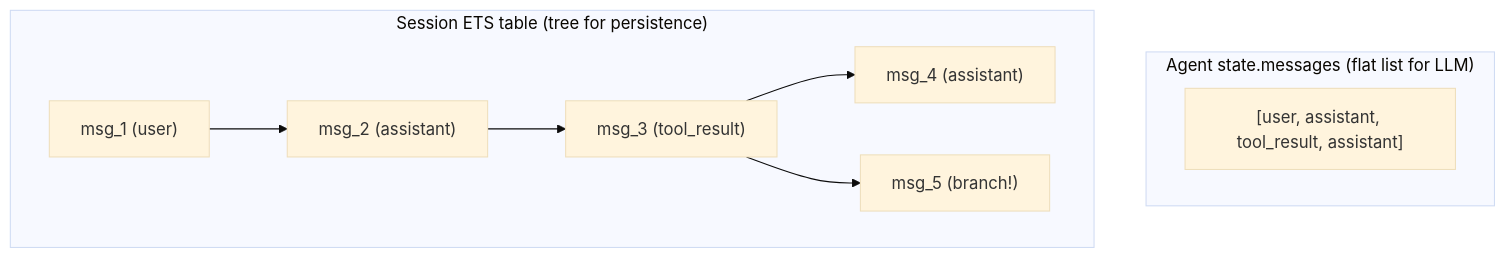
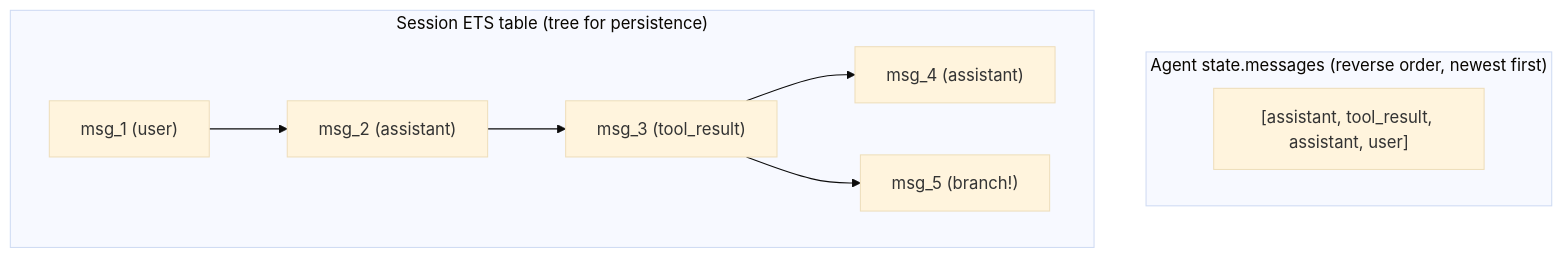
Before and after one commit to matteing/opal: the seventh of 8 diagrams in docs/agent-loop.md, drawn with Mermaid (base theme). The commit also changed other lines of this file and 20 other files, not shown here.

````diff
--- a/docs/agent-loop.md
+++ b/docs/agent-loop.md
@@ -467,18 +453,18 @@
 ```mermaid
 graph TD
-    subgraph agent["Agent state.messages (flat list for LLM)"]
-        AM["[user, assistant, tool_result, assistant]"]
+    subgraph agent["Agent state.messages (reverse order, newest first)"]
+        AM["[assistant, tool_result, assistant, user]"]
     end
 
     subgraph session["Session ETS table (tree for persistence)"]
         M1["msg_1 (user)"]
         M2["msg_2 (assistant)"]
         M3["msg_3 (tool_result)"]
         M4["msg_4 (assistant)"]
         M5["msg_5 (branch!)"]
         M1 --> M2
         M2 --> M3
         M3 --> M4
         M3 --> M5
     end
 ```
````
